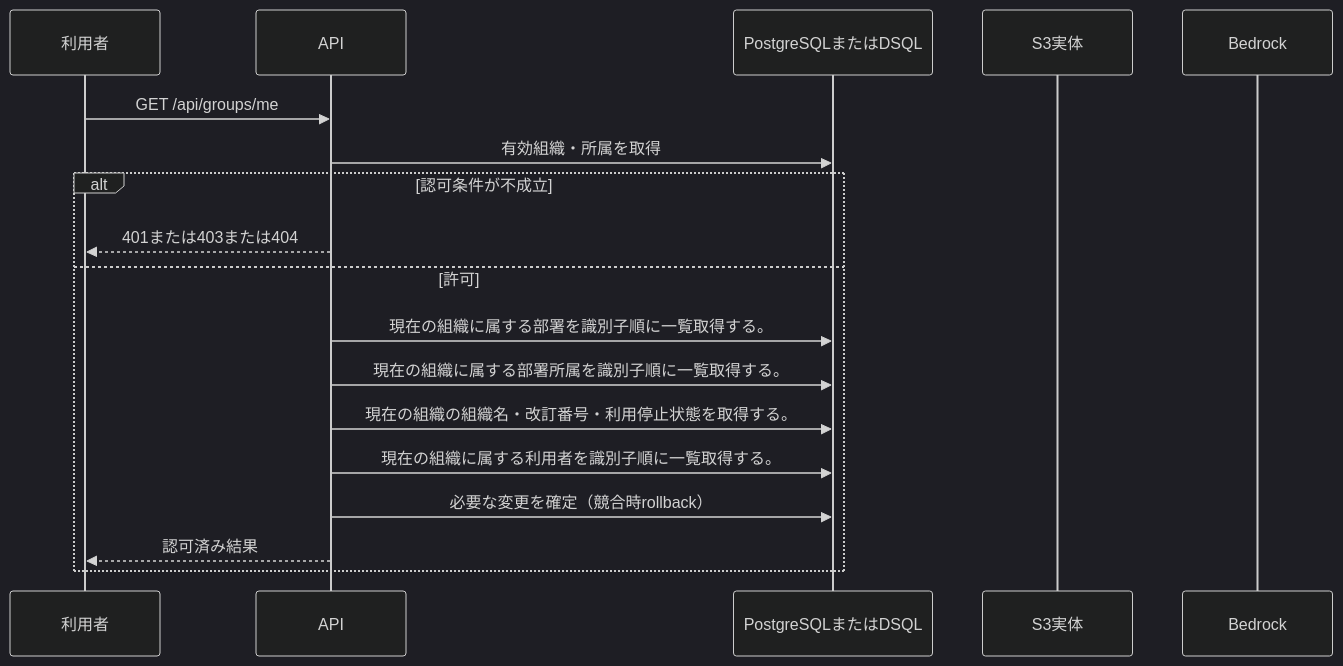
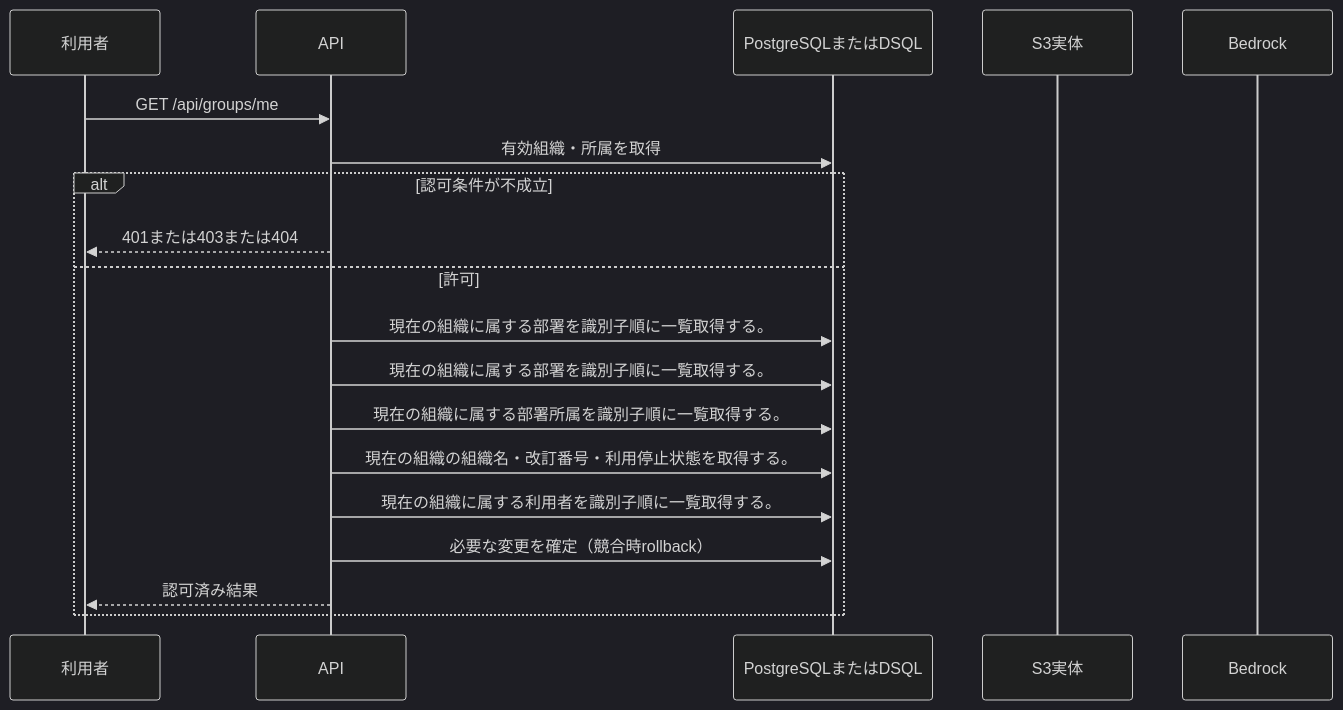
One commit to tsuji-tomonori/KotoRelay changed the diagram in docs/design/generated/api/groups/get_identity/sequence.md. Above: the diagram before and after it, drawn with Mermaid (dark theme). The commit also changed other lines of this file and 628 other files, not shown here.

````diff
--- a/docs/design/generated/api/groups/get_identity/sequence.md
+++ b/docs/design/generated/api/groups/get_identity/sequence.md
@@ -7,20 +7,21 @@
 ```mermaid
 sequenceDiagram
     participant U as 利用者
     participant A as API
     participant D as PostgreSQLまたはDSQL
     participant S as S3実体
     participant M as Bedrock
     U->>A: GET /api/groups/me
     A->>D: 有効組織・所属を取得
     alt 認可条件が不成立
         A-->>U: 401または403または404
     else 許可
         A->>D: 現在の組織に属する部署を識別子順に一覧取得する。
+        A->>D: 現在の組織に属する部署を識別子順に一覧取得する。
         A->>D: 現在の組織に属する部署所属を識別子順に一覧取得する。
         A->>D: 現在の組織の組織名・改訂番号・利用停止状態を取得する。
         A->>D: 現在の組織に属する利用者を識別子順に一覧取得する。
         A->>D: 必要な変更を確定（競合時rollback）
         A-->>U: 認可済み結果
     end
 ```
````
